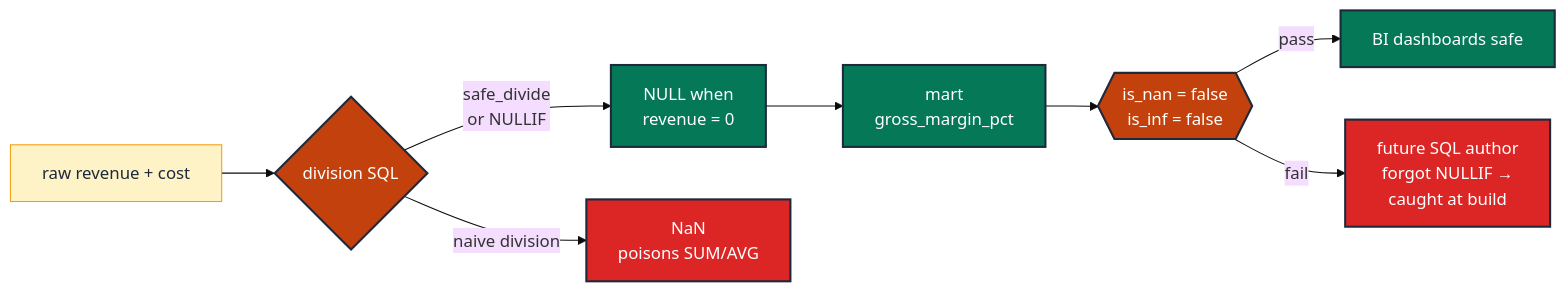
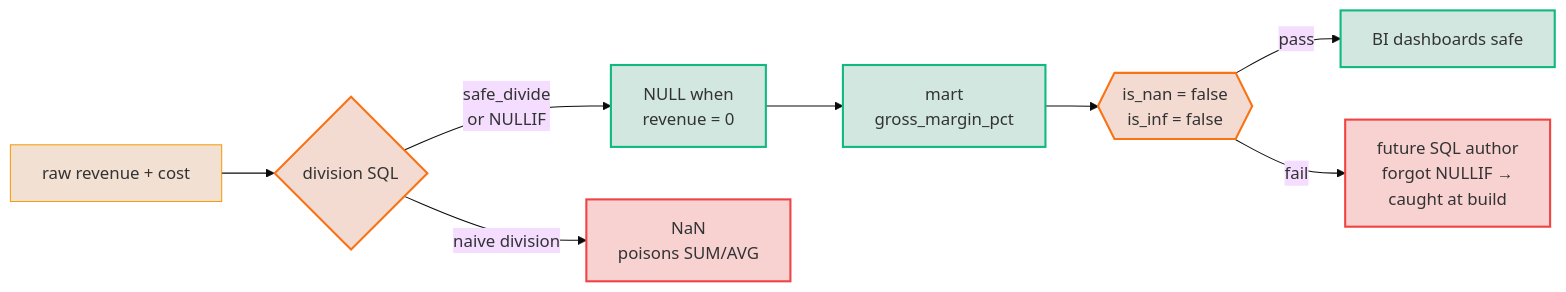
Before and after one commit to neozenith/dbt-gcp-jaffleshop: the diagram in docs/guides/testing_taxonomy/measure/MS-04-nan-inf-guard.md, drawn with Mermaid (base theme). The commit also changed 36 other files, not shown here.

First line of the commit message:
docs(taxonomy): rework guide entry-point + WCAG-AAA dual-theme mermaid palette (#19)

````diff
--- a/docs/guides/testing_taxonomy/measure/MS-04-nan-inf-guard.md
+++ b/docs/guides/testing_taxonomy/measure/MS-04-nan-inf-guard.md
@@ -98,18 +98,18 @@
 ```mermaid
 flowchart LR
     raw["raw revenue + cost"]:::source --> div{"division SQL"}:::gate
     div -- "safe_divide<br/>or NULLIF" --> ok["NULL when<br/>revenue = 0"]:::ok
     div -- "naive division" --> nan["NaN<br/>poisons SUM/AVG"]:::fail
 
     ok --> mart["mart<br/>gross_margin_pct"]:::measurePrimary
     mart --> test{{"is_nan = false<br/>is_inf = false"}}:::gate
     test -- pass --> bi["BI dashboards safe"]:::ok
     test -- fail --> regression["future SQL author<br/>forgot NULLIF →<br/>caught at build"]:::fail
 
-    classDef source         fill:#fef3c7,stroke:#f59e0b,color:#1e293b,stroke-width:1px
-    classDef measurePrimary fill:#047857,stroke:#1e293b,color:#fff,stroke-width:2px
-    classDef gate           fill:#c2410c,stroke:#1e293b,color:#fff,stroke-width:2px
-    classDef ok             fill:#047857,stroke:#1e293b,color:#fff,stroke-width:2px
-    classDef fail           fill:#dc2626,stroke:#1e293b,color:#fff,stroke-width:2px
-    classDef nan            fill:#dc2626,stroke:#1e293b,color:#fff,stroke-width:2px
+    classDef source fill:#b453092e,stroke:#f59e0b,stroke-width:1px
+    classDef measurePrimary fill:#0478572e,stroke:#10b981,stroke-width:2px
+    classDef gate fill:#c2410c30,stroke:#f97316,stroke-width:2px
+    classDef ok fill:#0478572e,stroke:#10b981,stroke-width:2px
+    classDef fail fill:#dc262636,stroke:#ef4444,stroke-width:2px
+    classDef nan fill:#dc262636,stroke:#ef4444,stroke-width:2px
 ```
````
